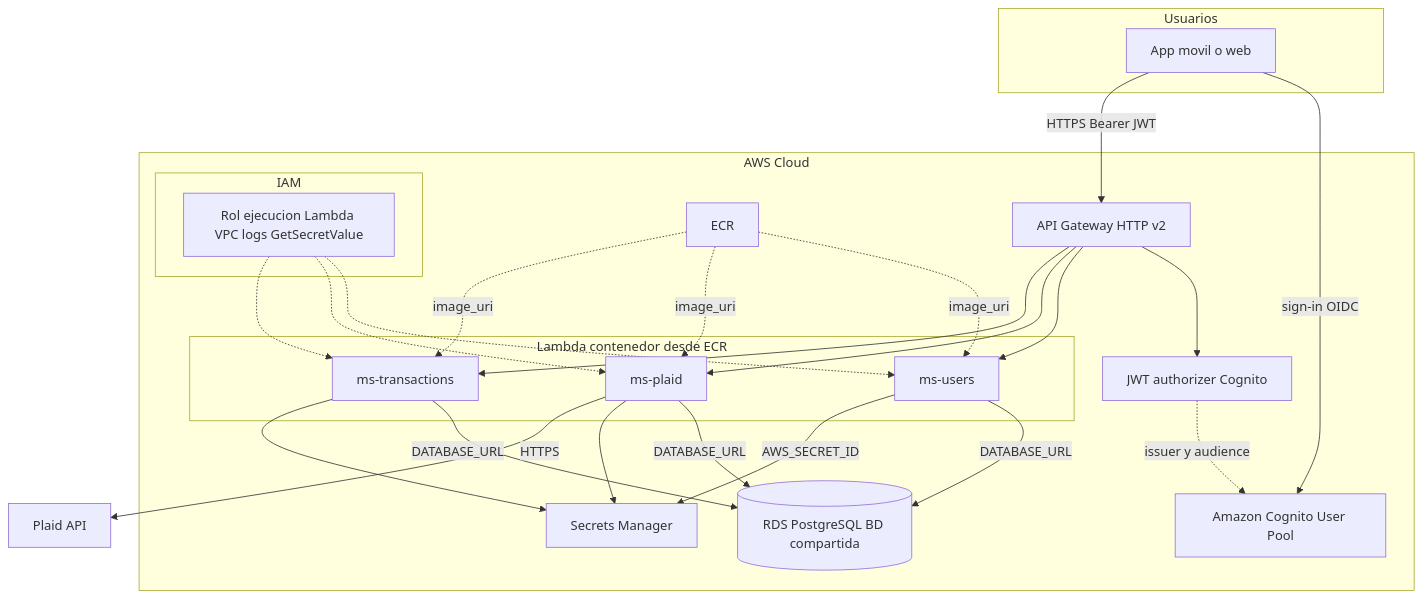
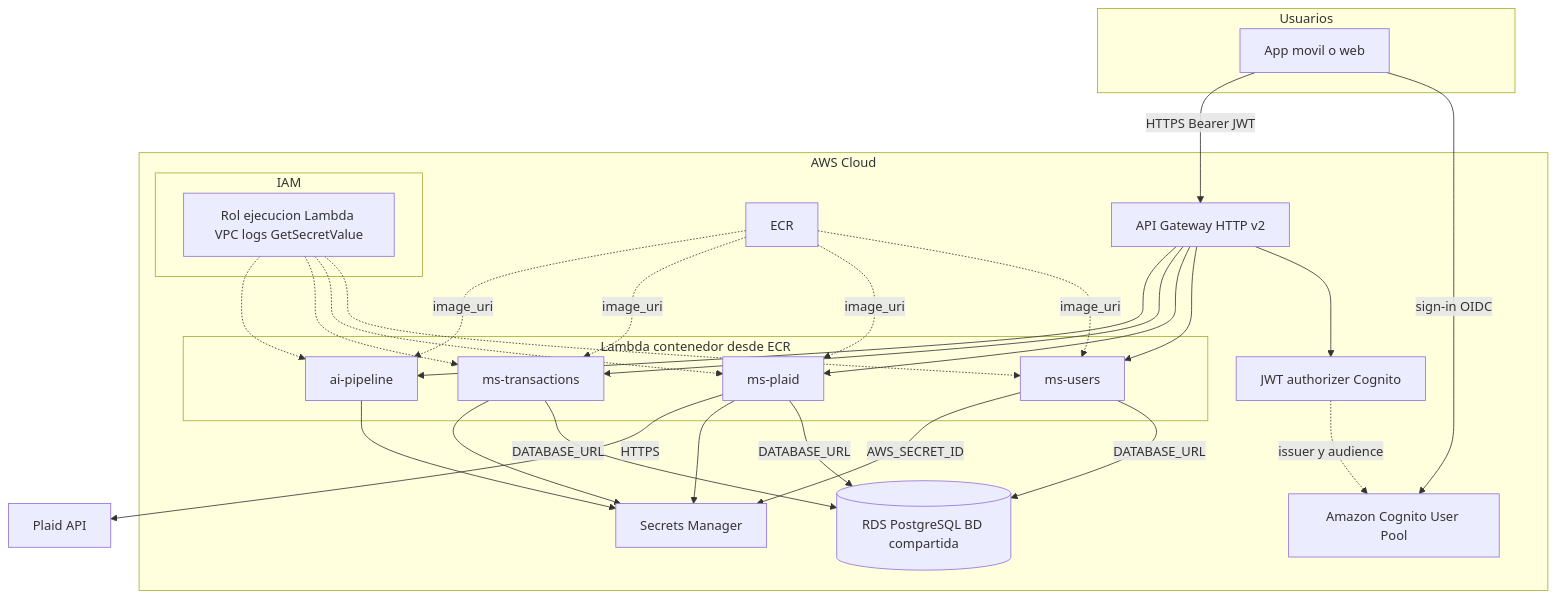
One commit to refactored-team/finexa-ia changed the fourth of 4 diagrams in README.md. Above: the diagram before and after it, drawn with Mermaid. The commit also changed other lines of this file and 7 other files, not shown here.

````diff
--- a/README.md
+++ b/README.md
@@ -171,55 +175,60 @@
 ```mermaid
 flowchart TB
   subgraph users [Usuarios]
     app[App movil o web]
   end
 
   subgraph aws [AWS Cloud]
     cognito[Amazon Cognito User Pool]
     apig[API Gateway HTTP v2]
     jwt[JWT authorizer Cognito]
     ecr[ECR]
 
     subgraph lambdaFns [Lambda contenedor desde ECR]
       svcUsers[ms-users]
       svcPlaid[ms-plaid]
       svcTx[ms-transactions]
+      svcAi[ai-pipeline]
     end
 
     sm[Secrets Manager]
     rds[(RDS PostgreSQL BD compartida)]
 
     subgraph iam [IAM]
       lambdaRole[Rol ejecucion Lambda VPC logs GetSecretValue]
     end
   end
 
   plaid[Plaid API]
 
   app -->|sign-in OIDC| cognito
   app -->|HTTPS Bearer JWT| apig
   apig --> jwt
   jwt -.->|issuer y audience| cognito
 
   apig --> svcUsers
   apig --> svcPlaid
   apig --> svcTx
+  apig --> svcAi
 
   ecr -.->|image_uri| svcUsers
   ecr -.->|image_uri| svcPlaid
   ecr -.->|image_uri| svcTx
+  ecr -.->|image_uri| svcAi
 
   svcUsers -->|DATABASE_URL| rds
   svcPlaid -->|DATABASE_URL| rds
   svcTx -->|DATABASE_URL| rds
 
   svcUsers -->|AWS_SECRET_ID| sm
   svcPlaid --> sm
   svcTx --> sm
+  svcAi --> sm
 
   lambdaRole -.-> svcUsers
   lambdaRole -.-> svcPlaid
   lambdaRole -.-> svcTx
+  lambdaRole -.-> svcAi
 
   svcPlaid -->|HTTPS| plaid
 ```
````
